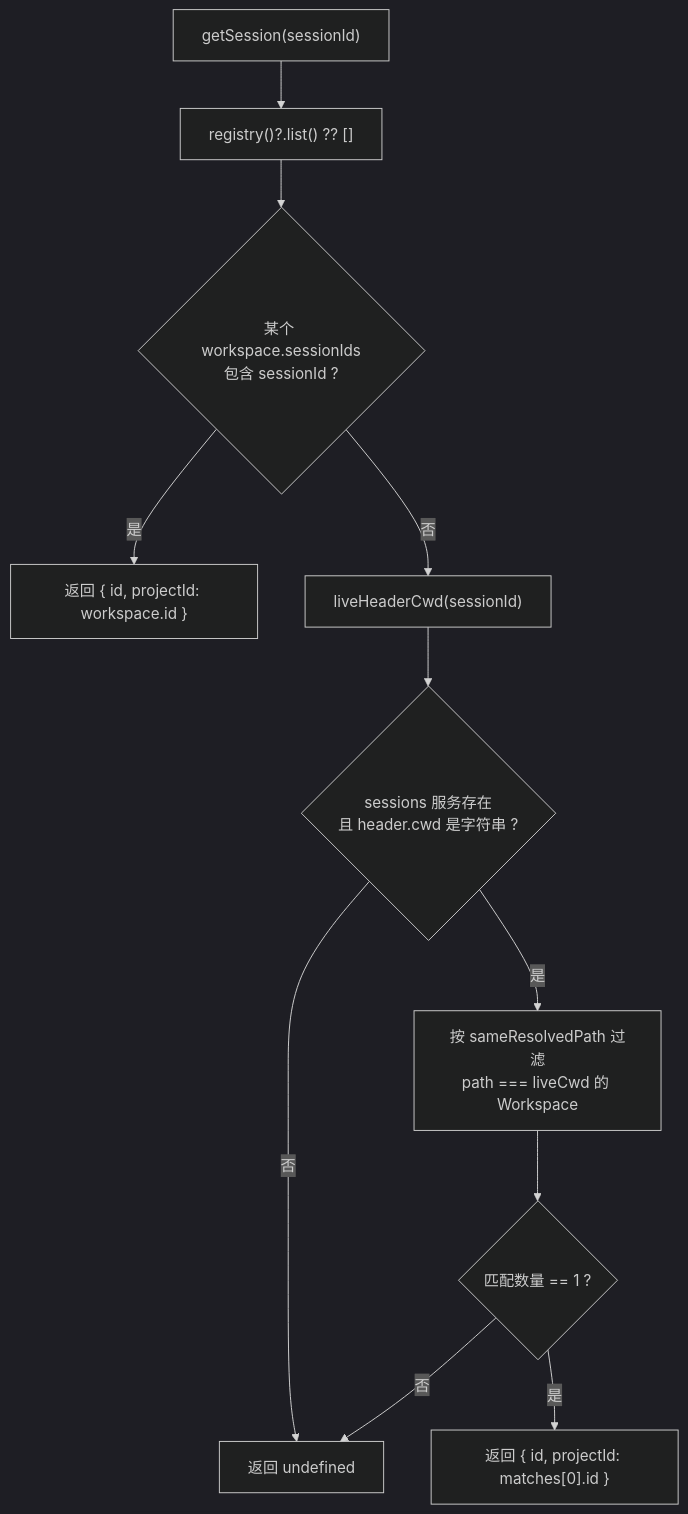
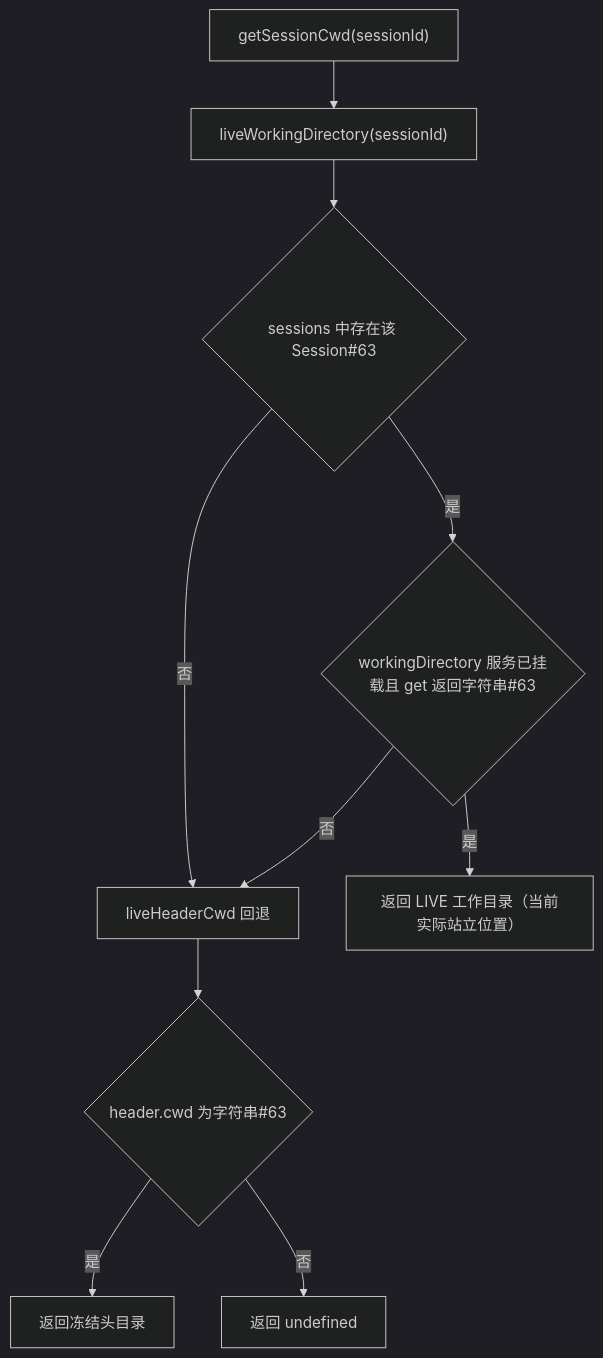
One commit to ikliml666/dsh-git-workspace changed the third of 6 diagrams in .codewiki/_techdocs/docs/core_worktree_domain_and_infrastructure/src_adapters/src_adapters_host_binding.md. Above: the diagram before and after it, drawn with Mermaid (dark theme). The commit also changed other lines of this file and 71 other files, not shown here.

````diff
--- a/.codewiki/_techdocs/docs/core_worktree_domain_and_infrastructure/src_adapters/src_adapters_host_binding.md
+++ b/.codewiki/_techdocs/docs/core_worktree_domain_and_infrastructure/src_adapters/src_adapters_host_binding.md
@@ -125,13 +167,12 @@
 ```mermaid
-flowchart TD
-    A["getSession(sessionId)"] --> B["registry()?.list() ?? []"]
-    B --> C{"某个 workspace.sessionIds<br/>包含 sessionId ?"}
-    C -- 是 --> D["返回 { id, projectId: workspace.id }"]
-    C -- 否 --> E["liveHeaderCwd(sessionId)"]
-    E --> F{"sessions 服务存在<br/>且 header.cwd 是字符串 ?"}
-    F -- 否 --> G["返回 undefined"]
-    F -- 是 --> H["按 sameResolvedPath 过滤<br/>path === liveCwd 的 Workspace"]
-    H --> I{"匹配数量 == 1 ?"}
-    I -- 是 --> J["返回 { id, projectId: matches[0].id }"]
-    I -- 否 --> G
+flowchart TB
+  A["getSessionCwd(sessionId)"] --> B["liveWorkingDirectory(sessionId)"]
+  B --> C{"sessions 中存在该 Session#63"}
+  C -- "否" --> F["liveHeaderCwd 回退"]
+  C -- "是" --> D{"workingDirectory 服务已挂载且 get 返回字符串#63"}
+  D -- "是" --> E["返回 LIVE 工作目录（当前实际站立位置）"]
+  D -- "否" --> F["liveHeaderCwd 回退"]
+  F --> G{"header.cwd 为字符串#63"}
+  G -- "是" --> H["返回冻结头目录"]
+  G -- "否" --> I["返回 undefined"]
 ```
````
